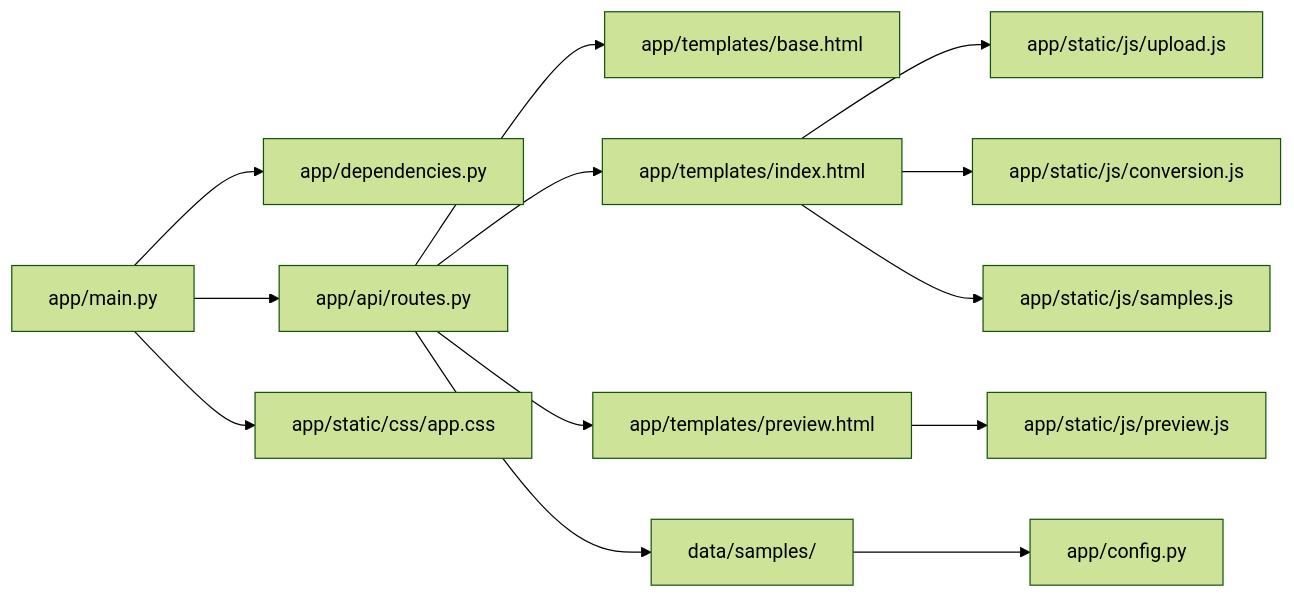
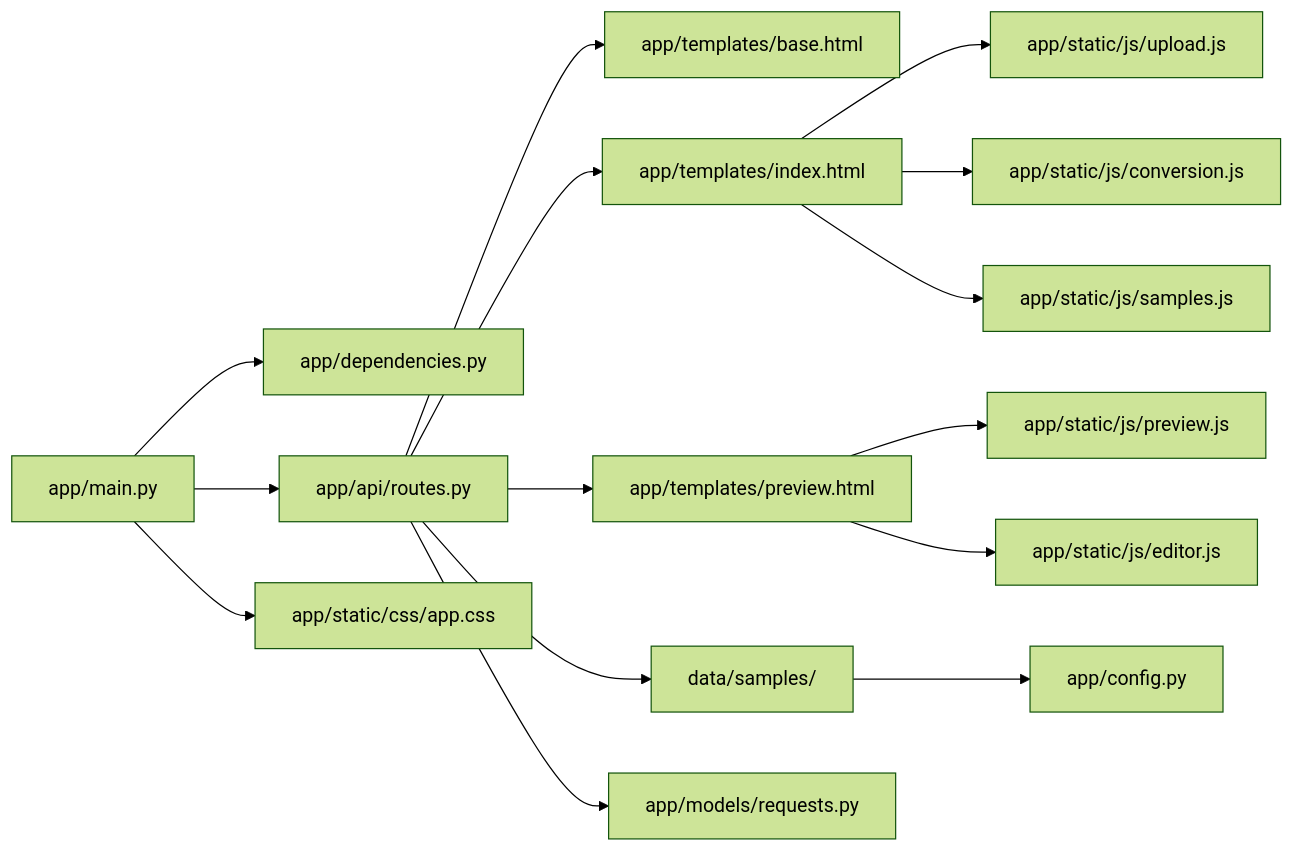
One commit to tjujingzong/Novel-to-Screenplay changed the tenth of 10 diagrams in .qoder/repowiki/zh/content/前端界面/前端界面.md. Above: the diagram before and after it, drawn with Mermaid (forest theme). The commit also changed other lines of this file and 21 other files, not shown here.

````diff
--- a/.qoder/repowiki/zh/content/前端界面/前端界面.md
+++ b/.qoder/repowiki/zh/content/前端界面/前端界面.md
@@ -517,15 +631,17 @@
 ```mermaid
 graph LR
 M["app/main.py"] --> D["app/dependencies.py"]
 M --> R["app/api/routes.py"]
 R --> T1["app/templates/base.html"]
 R --> T2["app/templates/index.html"]
 R --> T3["app/templates/preview.html"]
 M --> S1["app/static/css/app.css"]
 T2 --> S2["app/static/js/upload.js"]
 T2 --> S3["app/static/js/conversion.js"]
 T2 --> S5["app/static/js/samples.js"]
 T3 --> S4["app/static/js/preview.js"]
+T3 --> S6["app/static/js/editor.js"]
 R --> SD["data/samples/"]
 SD --> CFG["app/config.py"]
+R --> E["app/models/requests.py"]
 ```
````
